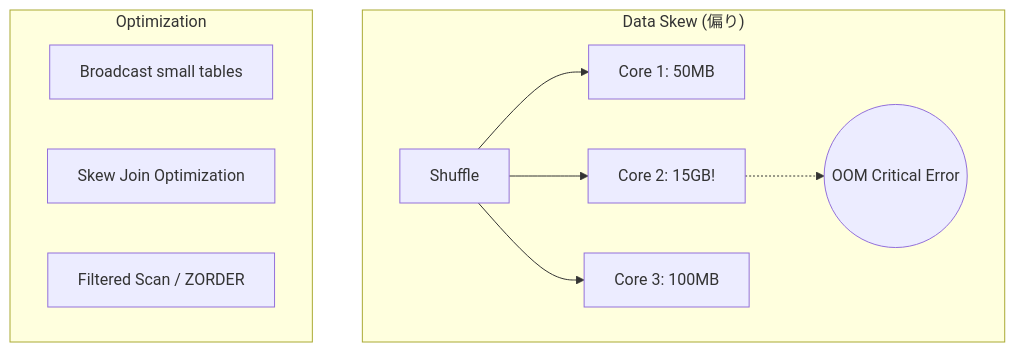
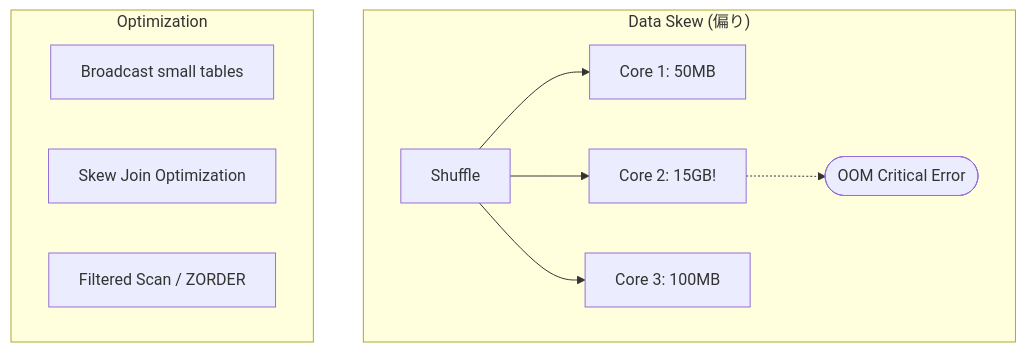
Before and after one commit to r1ckey/study14: the diagram in Phase4/4.3_Performance_Troubleshooting.md, drawn with Mermaid. The commit also changed 10 other files, not shown here.

````diff
--- a/Phase4/4.3_Performance_Troubleshooting.md
+++ b/Phase4/4.3_Performance_Troubleshooting.md
@@ -28,15 +28,15 @@
 ```mermaid
 graph TD
     subgraph Problem ["Data Skew (偏り)"]
-        A[Shuffle] --> B[Core 1: 50MB]
-        A --> C[Core 2: 15GB!]
-        A --> D[Core 3: 100MB]
-        C -.-> E((OOM Critical Error))
+        A["Shuffle"] --> B["Core 1: 50MB"]
+        A --> C["Core 2: 15GB!"]
+        A --> D["Core 3: 100MB"]
+        C -.-> E(["OOM Critical Error"])
     end
 
     subgraph Solution ["Optimization"]
-        F[Broadcast small tables]
-        G[Skew Join Optimization]
-        H[Filtered Scan / ZORDER]
+        F["Broadcast small tables"]
+        G["Skew Join Optimization"]
+        H["Filtered Scan / ZORDER"]
     end
 ```
````
